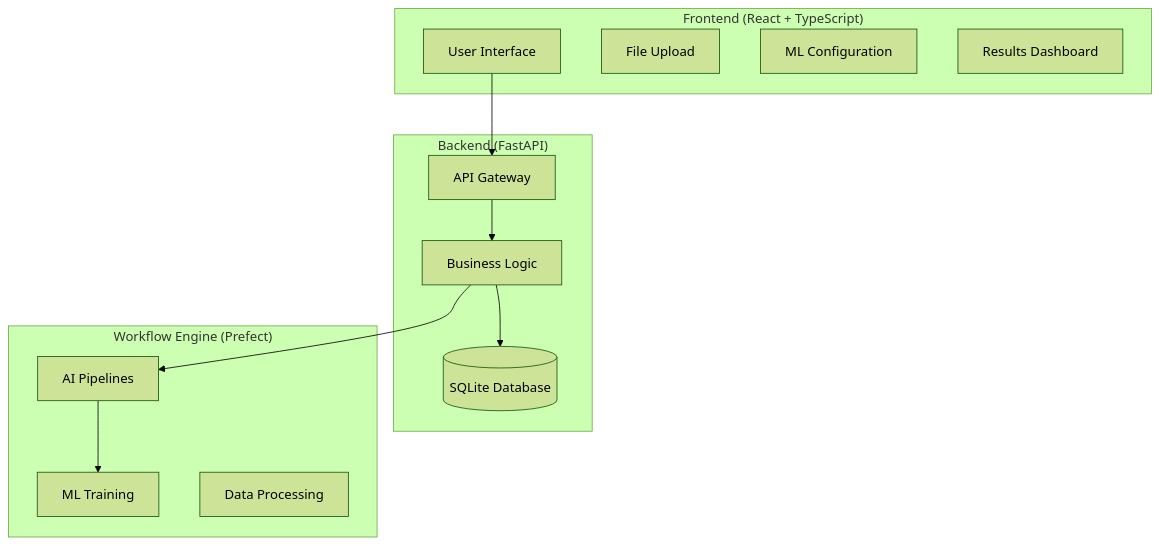
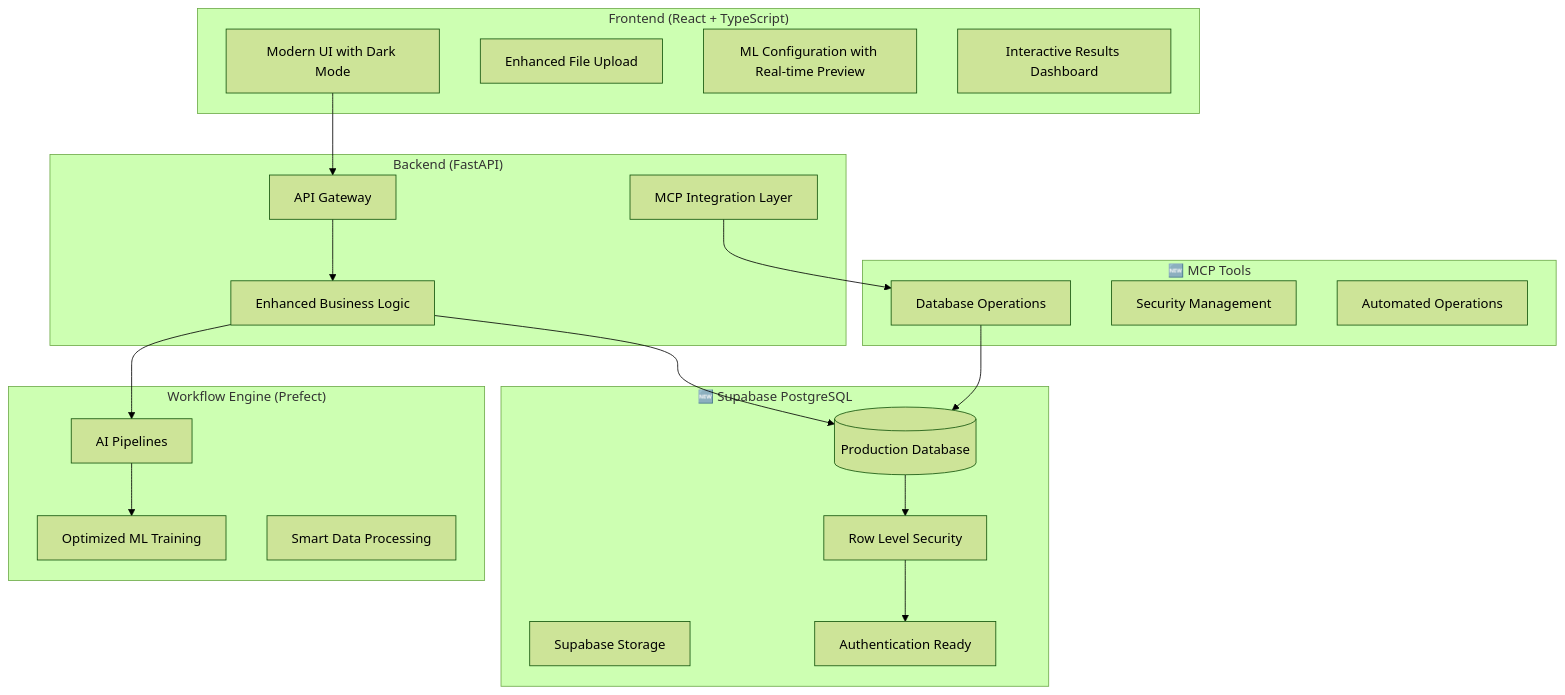
The diagram in README.md (faiqhilman13/mini_platform_project), drawn with Mermaid (forest theme) before and after one commit. The commit also changed other lines of this file and 134 other files, not shown here.

Commit message:
Major Platform Update: Fixed Vite config, enhanced ML pipeline, production-ready features

````diff
--- a/README.md
+++ b/README.md
@@ -38,27 +53,44 @@
 ```mermaid
 graph TB
     subgraph "Frontend (React + TypeScript)"
-        UI[User Interface]
-        Upload[File Upload]
-        Config[ML Configuration]
-        Results[Results Dashboard]
+        UI[Modern UI with Dark Mode]
+        Upload[Enhanced File Upload]
+        Config[ML Configuration with Real-time Preview]
+        Results[Interactive Results Dashboard]
     end
     
     subgraph "Backend (FastAPI)"
         API[API Gateway]
-        Services[Business Logic]
-        DB[(SQLite Database)]
+        Services[Enhanced Business Logic]
+        MCP[MCP Integration Layer]
+    end
+    
+    subgraph "🆕 Supabase PostgreSQL"
+        SupabaseDB[(Production Database)]
+        RLS[Row Level Security]
+        Storage[Supabase Storage]
+        Auth[Authentication Ready]
     end
     
     subgraph "Workflow Engine (Prefect)"
         Pipelines[AI Pipelines]
-        ML[ML Training]
-        Processing[Data Processing]
+        ML[Optimized ML Training]
+        Processing[Smart Data Processing]
+    end
+    
+    subgraph "🆕 MCP Tools"
+        DatabaseOps[Database Operations]
+        SecurityMgmt[Security Management]
+        Automation[Automated Operations]
     end
     
     UI --> API
     API --> Services
-    Services --> DB
+    Services --> SupabaseDB
     Services --> Pipelines
     Pipelines --> ML
+    MCP --> DatabaseOps
+    DatabaseOps --> SupabaseDB
+    SupabaseDB --> RLS
+    RLS --> Auth
 ```
````
